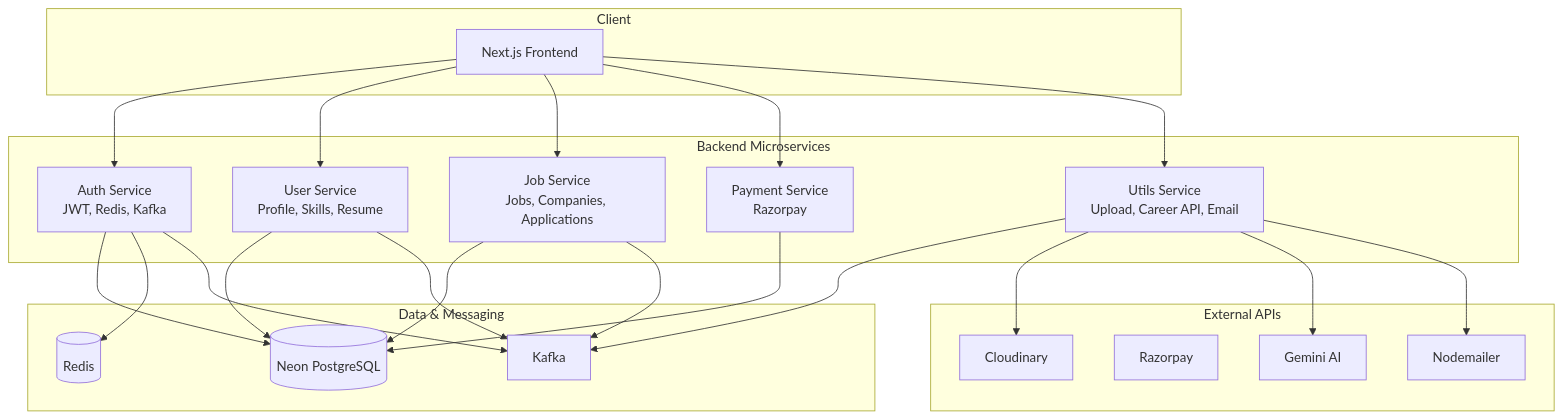
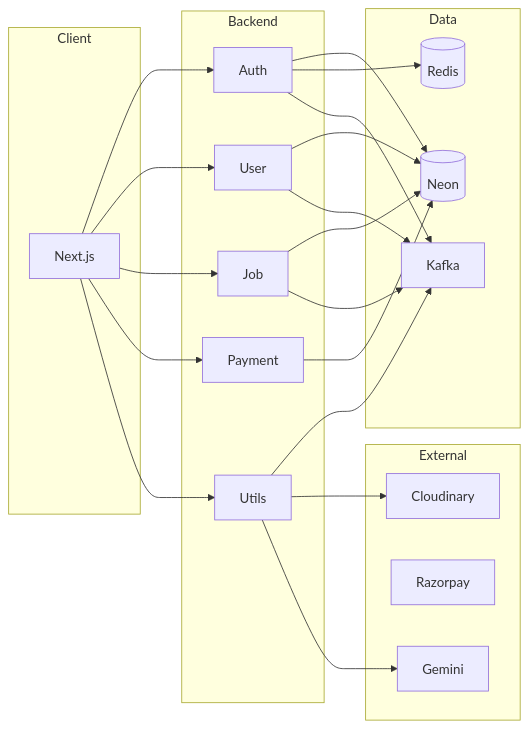
One commit to AJKakarot/NextHire changed the diagram in README.md. Above: the diagram before and after it, drawn with Mermaid. The commit also changed other lines of this file, not shown here.

First line of the commit message:
docs: concise resume-style README with single architecture diagram

````diff
--- a/README.md
+++ b/README.md
@@ -38,46 +18,29 @@
 ```mermaid
-flowchart TB
-    subgraph Client["Client"]
-        FE[Next.js Frontend]
+flowchart LR
+    subgraph Client
+        FE[Next.js]
     end
-
-    subgraph Services["Backend Microservices"]
-        AUTH[Auth Service<br/>JWT, Redis, Kafka]
-        USER[User Service<br/>Profile, Skills, Resume]
-        JOB[Job Service<br/>Jobs, Companies, Applications]
-        PAYMENT[Payment Service<br/>Razorpay]
-        UTILS[Utils Service<br/>Upload, Career API, Email]
+    subgraph Backend
+        AUTH[Auth]
+        USER[User]
+        JOB[Job]
+        PAY[Payment]
+        UTILS[Utils]
     end
-
-    subgraph Data["Data & Messaging"]
-        NEON[(Neon PostgreSQL)]
+    subgraph Data
+        NEON[(Neon)]
         REDIS[(Redis)]
         KAFKA[Kafka]
     end
-
-    subgraph External["External APIs"]
+    subgraph External
         CLOUD[Cloudinary]
         RAZOR[Razorpay]
-        GEMINI[Gemini AI]
-        SMTP[Nodemailer]
+        GEMINI[Gemini]
     end
-
-    FE --> AUTH
-    FE --> USER
-    FE --> JOB
-    FE --> PAYMENT
-    FE --> UTILS
-
-    AUTH --> NEON
-    AUTH --> REDIS
-    AUTH --> KAFKA
-    USER --> NEON
-    USER --> KAFKA
-    JOB --> NEON
-    JOB --> KAFKA
-    PAYMENT --> NEON
-    UTILS --> KAFKA
-    UTILS --> CLOUD
-    UTILS --> GEMINI
-    UTILS --> SMTP
+    FE --> AUTH & USER & JOB & PAY & UTILS
+    AUTH --> NEON & REDIS & KAFKA
+    USER --> NEON & KAFKA
+    JOB --> NEON & KAFKA
+    PAY --> NEON
+    UTILS --> KAFKA & CLOUD & GEMINI
 ```
````
